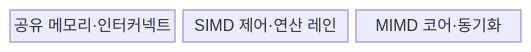
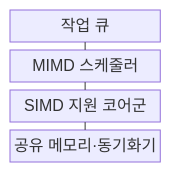
One commit to agnusdei1207/knowledge-base changed the first of 2 diagrams in src/content/docs/notes/02-hardware/053_simd_mimd.md. Above: the diagram before and after it, drawn with Mermaid. The commit also changed other lines of this file and 20 other files, not shown here.

````diff
--- a/src/content/docs/notes/02-hardware/053_simd_mimd.md
+++ b/src/content/docs/notes/02-hardware/053_simd_mimd.md
@@ -61,7 +60,11 @@
 ```mermaid
-block-beta
-    columns 3
-    M["공유 메모리·인터커넥트"]
-    S["SIMD 제어·연산 레인"]
-    C["MIMD 코어·동기화"]
+block
+    columns 1
+    Q["작업 큐"]
+    S["MIMD 스케줄러"]
+    L["SIMD 지원 코어군"]
+    B["공유 메모리·동기화기"]
+    Q --- S
+    S --- L
+    L --- B
 ```
````
